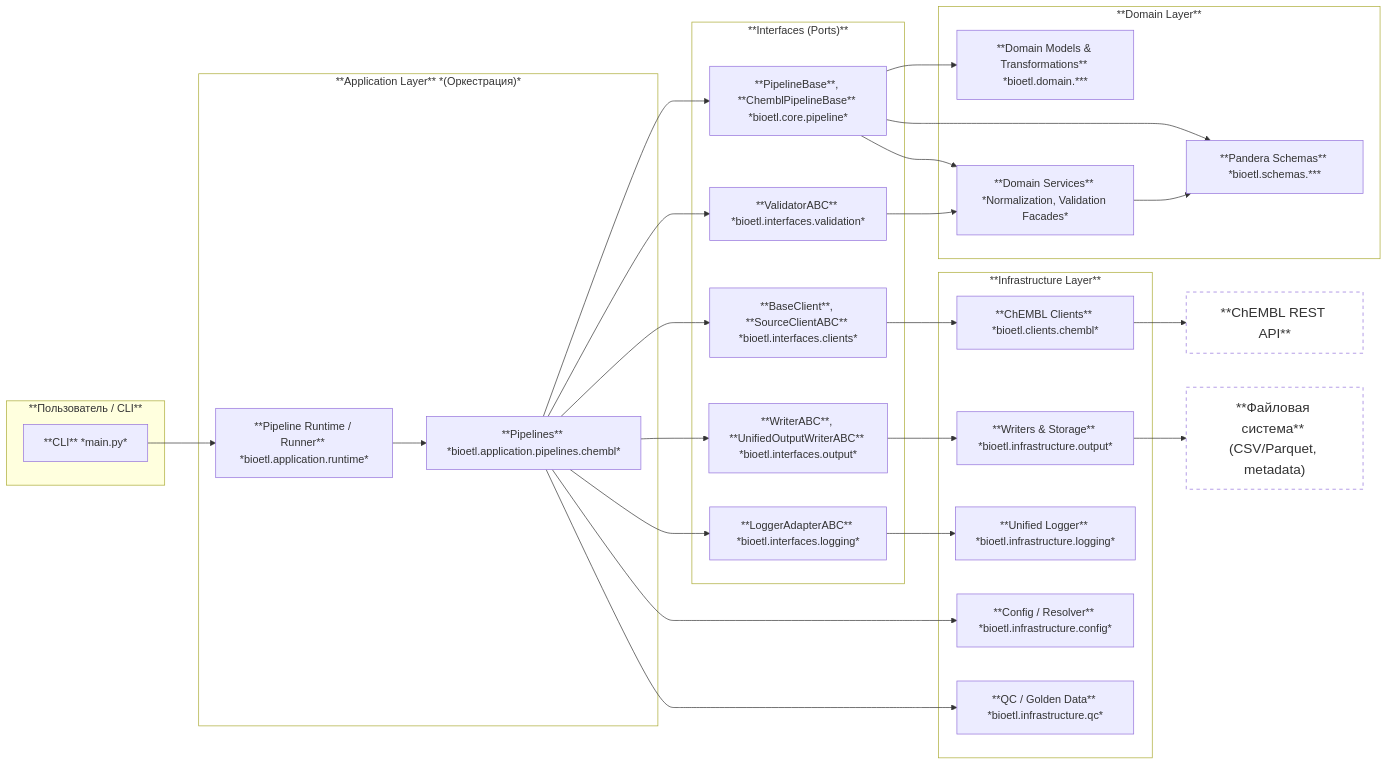
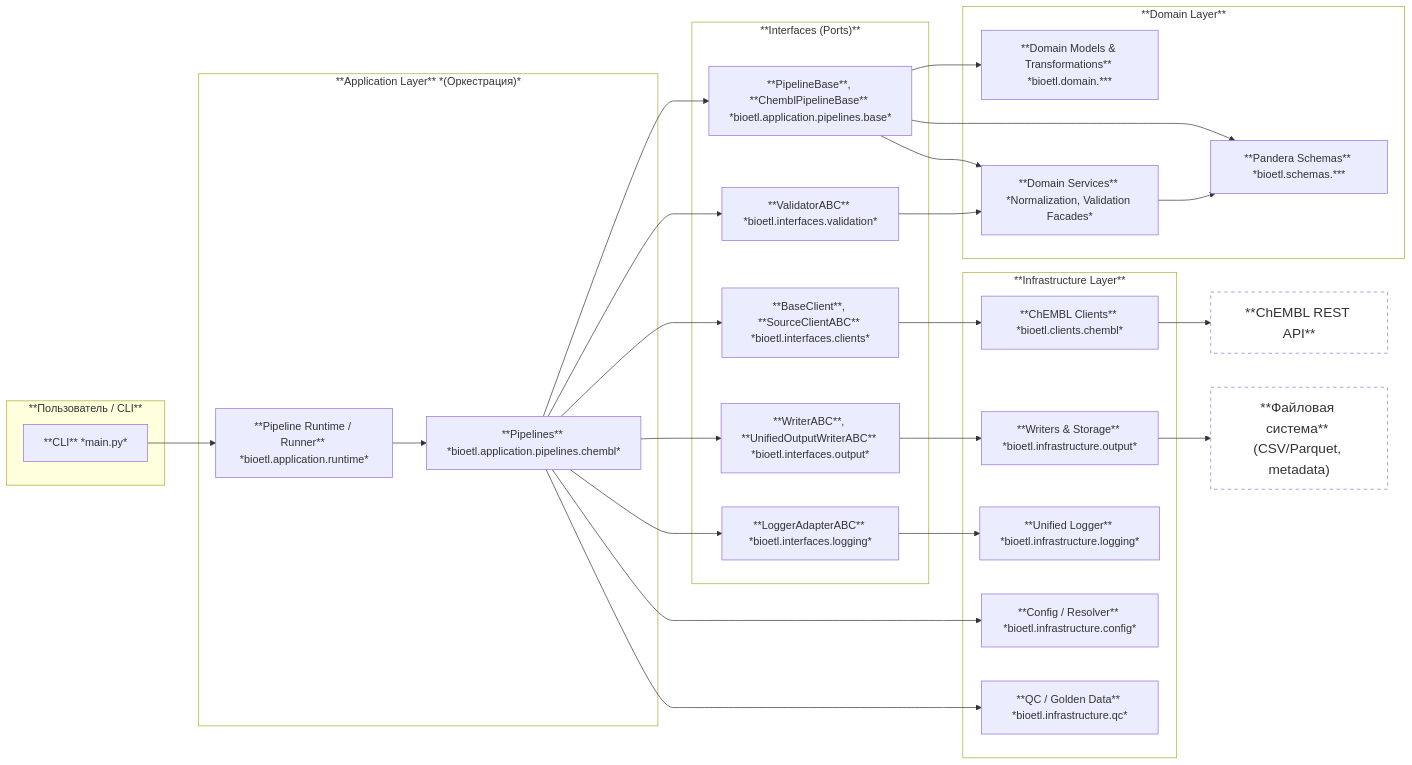
Before and after one commit to SatoryKono/BioactivityDataAcquisition: the seventh of 7 diagrams in docs/architecture/07-diagrams.md, drawn with Mermaid. The commit also changed 7 other files, not shown here.

````diff
--- a/docs/architecture/07-diagrams.md
+++ b/docs/architecture/07-diagrams.md
@@ -370,60 +370,60 @@
 ```mermaid
 ---
 id: eba65a67-a730-4b5a-b14d-365c0db29ed4
 ---
 flowchart LR
   subgraph User["**Пользователь / CLI**"]
     CLI["**CLI** *main.py*"]
   end
   subgraph Application["**Application Layer** *(Оркестрация)*"]
     Pipelines["**Pipelines** *bioetl.application.pipelines.chembl*"]
     Runtime["**Pipeline Runtime / Runner** *bioetl.application.runtime*"]
   end
   subgraph Domain["**Domain Layer**"]
     DomainCore["**Domain Models & Transformations** *bioetl.domain.***"]
     Schemas["**Pandera Schemas** *bioetl.schemas.***"]
     Services["**Domain Services** *Normalization, Validation Facades*"]
   end
   subgraph Infrastructure["**Infrastructure Layer**"]
     Clients["**ChEMBL Clients** *bioetl.clients.chembl*"]
     Output["**Writers &amp; Storage** *bioetl.infrastructure.output*"]
     Logging["**Unified Logger** *bioetl.infrastructure.logging*"]
     Config["**Config / Resolver** *bioetl.infrastructure.config*"]
     QC["**QC / Golden Data** *bioetl.infrastructure.qc*"]
   end
   subgraph Interfaces["**Interfaces (Ports)**"]
-    IF_Pipeline["**PipelineBase**, **ChemblPipelineBase** *bioetl.core.pipeline*"]
+    IF_Pipeline["**PipelineBase**, **ChemblPipelineBase** *bioetl.application.pipelines.base*"]
     IF_Client["**BaseClient**, **SourceClientABC** *bioetl.interfaces.clients*"]
     IF_Logger["**LoggerAdapterABC** *bioetl.interfaces.logging*"]
     IF_Writer["**WriterABC**, **UnifiedOutputWriterABC** *bioetl.interfaces.output*"]
     IF_Validator["**ValidatorABC** *bioetl.interfaces.validation*"]
   end
   CLI --> Runtime
   Runtime --> Pipelines
   Pipelines --> IF_Pipeline
   Pipelines --> IF_Client
   Pipelines --> IF_Writer
   Pipelines --> IF_Validator
   Pipelines --> IF_Logger
   Pipelines --> Config
   Pipelines --> QC
   IF_Pipeline --> DomainCore
   IF_Pipeline --> Schemas
   IF_Pipeline --> Services
   IF_Client --> Clients
   Clients --> ext_api["**ChEMBL REST API**"]
   IF_Writer --> Output
   Output --> fs["**Файловая система** (CSV/Parquet, metadata)"]
   IF_Validator --> Services
   Services --> Schemas
   IF_Logger --> Logging
 
   ext_api:::ext
   fs:::ext
   classDef default font-size:16px
   classDef ext fill:#fff,border:#999,stroke-dasharray:5 5,font-size:20px
   style Application fill:#FFFFFF
   style Interfaces fill:transparent
   style Domain fill:#FFFFFF
   style Infrastructure fill:#FFFFFF
 ```
````
